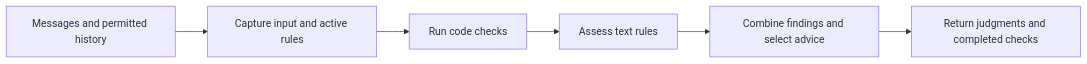
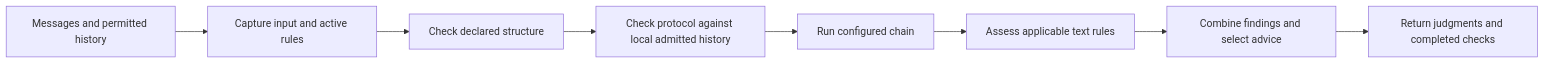
One commit to social-harness/moltzap changed the first of 2 diagrams in packages/social-harness/src/firewall/README.md. Above: the diagram before and after it, drawn with Mermaid. The commit also changed other lines of this file and 44 other files, not shown here.

````diff
--- a/packages/social-harness/src/firewall/README.md
+++ b/packages/social-harness/src/firewall/README.md
@@ -8,8 +8,10 @@
 ```mermaid
 flowchart LR
   A[Messages and permitted history] --> B[Capture input and active rules]
-  B --> C[Run code checks]
-  C --> D[Assess text rules]
+  B --> S[Check declared structure]
+  S --> P[Check protocol against local admitted history]
+  P --> C[Run configured chain]
+  C --> D[Assess applicable text rules]
   D --> E[Combine findings and select advice]
   E --> F[Return judgments and completed checks]
 ```
````
